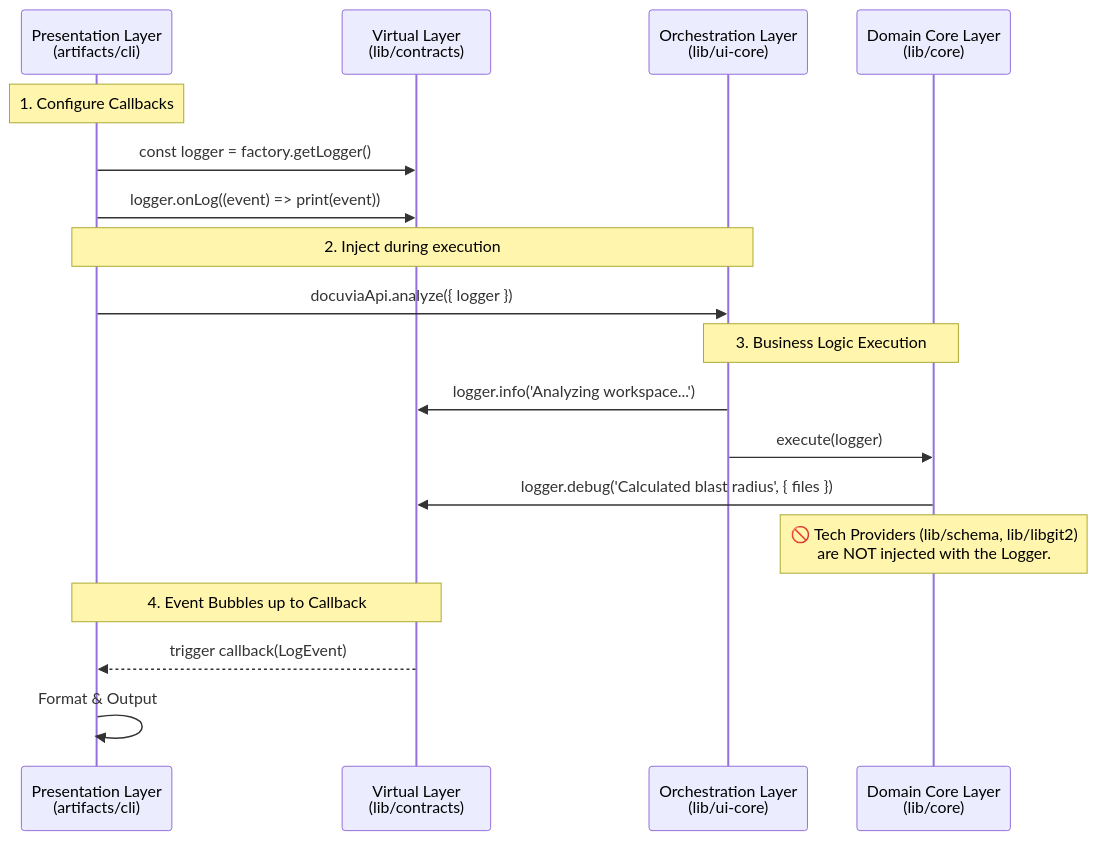
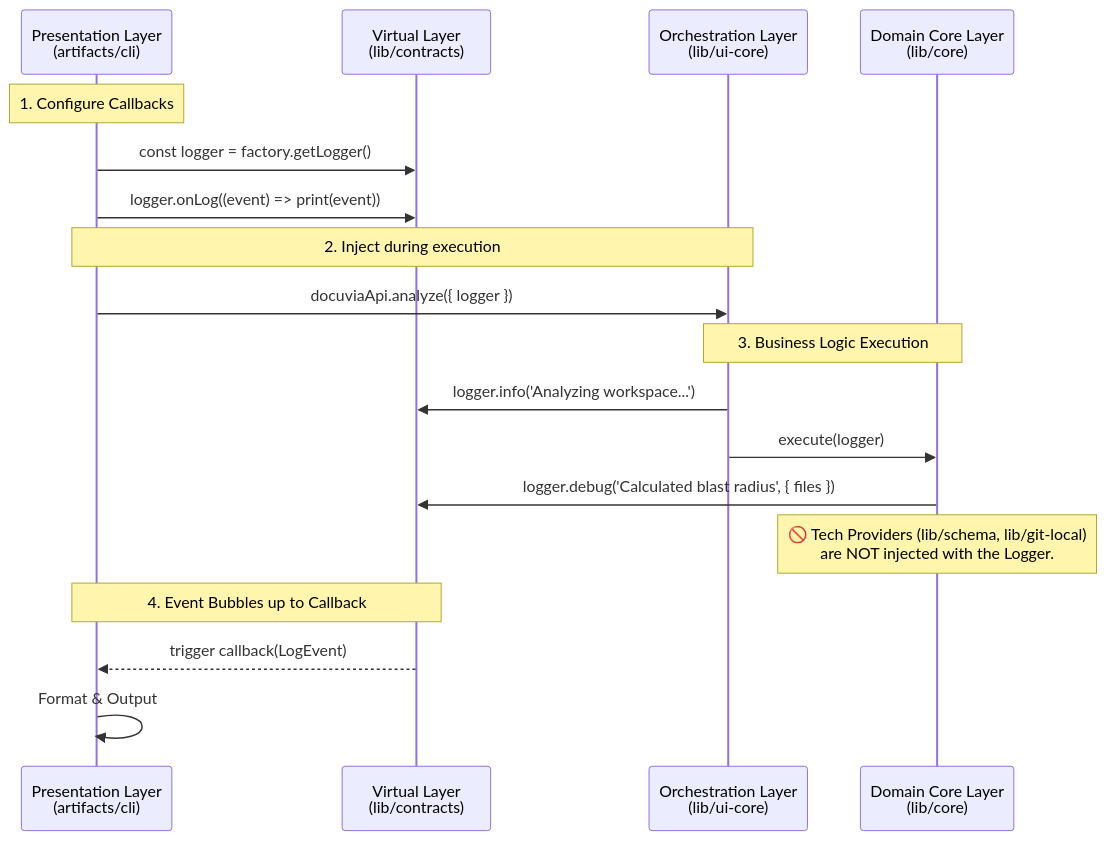
Before and after one commit to dyphn1/Docuvia: the diagram in docs/gitbook/architecture/logging-architecture.md, drawn with Mermaid. The commit also changed 34 other files, not shown here.

Commit message:
refactor(git-local): rename libgit2 to git-local and update references

````diff
--- a/docs/gitbook/architecture/logging-architecture.md
+++ b/docs/gitbook/architecture/logging-architecture.md
@@ -16,25 +16,25 @@
 ```mermaid
 sequenceDiagram
     participant Pres as Presentation Layer<br/>(artifacts/cli)
     participant Contract as Virtual Layer<br/>(lib/contracts)
     participant Orch as Orchestration Layer<br/>(lib/ui-core)
     participant Domain as Domain Core Layer<br/>(lib/core)
 
     Note over Pres: 1. Configure Callbacks
     Pres->>Contract: const logger = factory.getLogger()
     Pres->>Contract: logger.onLog((event) => print(event))
 
     Note over Pres, Orch: 2. Inject during execution
     Pres->>Orch: docuviaApi.analyze({ logger })
 
     Note over Orch, Domain: 3. Business Logic Execution
     Orch->>Contract: logger.info('Analyzing workspace...')
     Orch->>Domain: execute(logger)
     Domain->>Contract: logger.debug('Calculated blast radius', { files })
 
-    Note over Domain: 🚫 Tech Providers (lib/schema, lib/libgit2)<br/>are NOT injected with the Logger.
+    Note over Domain: 🚫 Tech Providers (lib/schema, lib/git-local)<br/>are NOT injected with the Logger.
 
     Note over Contract, Pres: 4. Event Bubbles up to Callback
     Contract-->>Pres: trigger callback(LogEvent)
     Pres->>Pres: Format & Output
 ```
````
